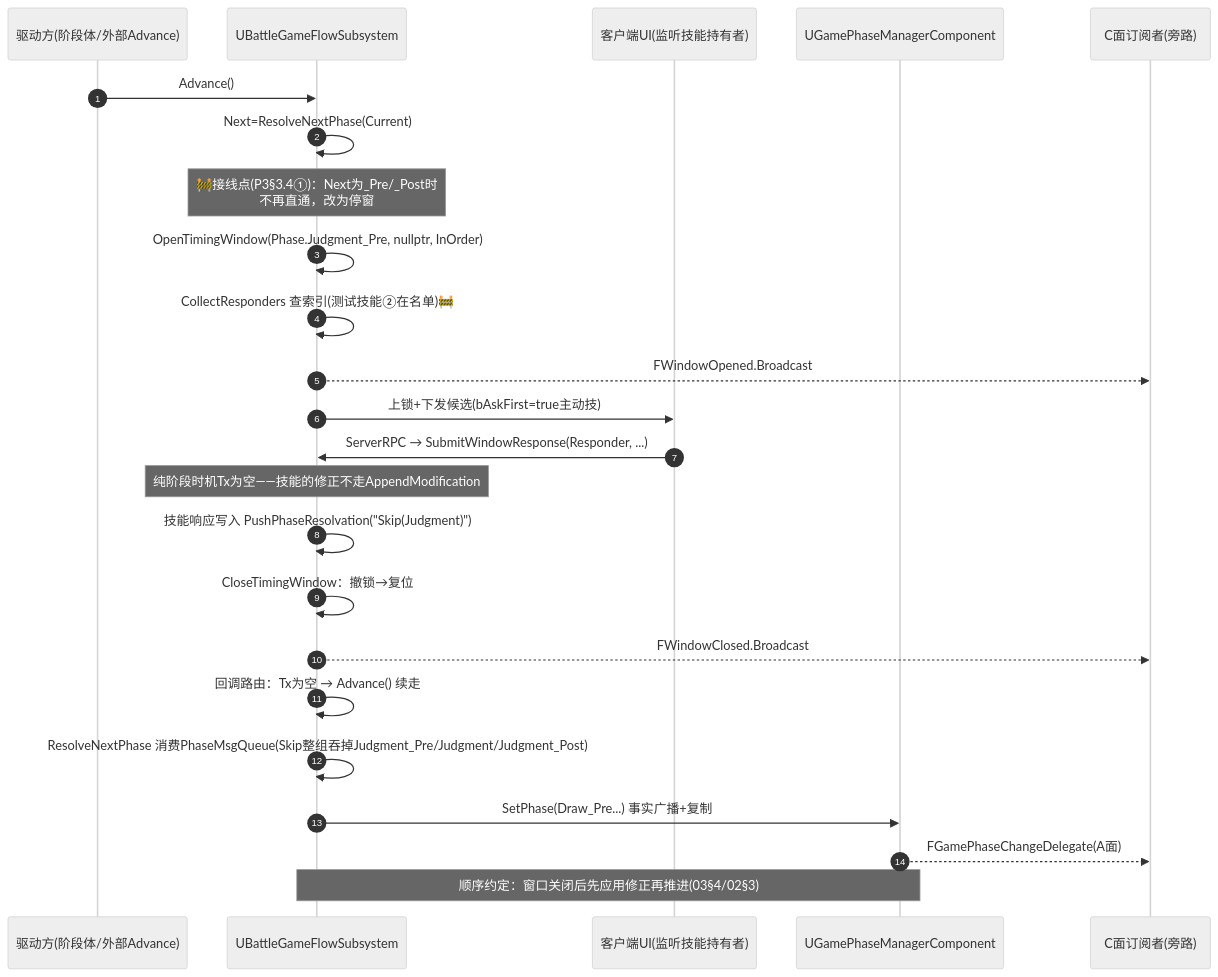
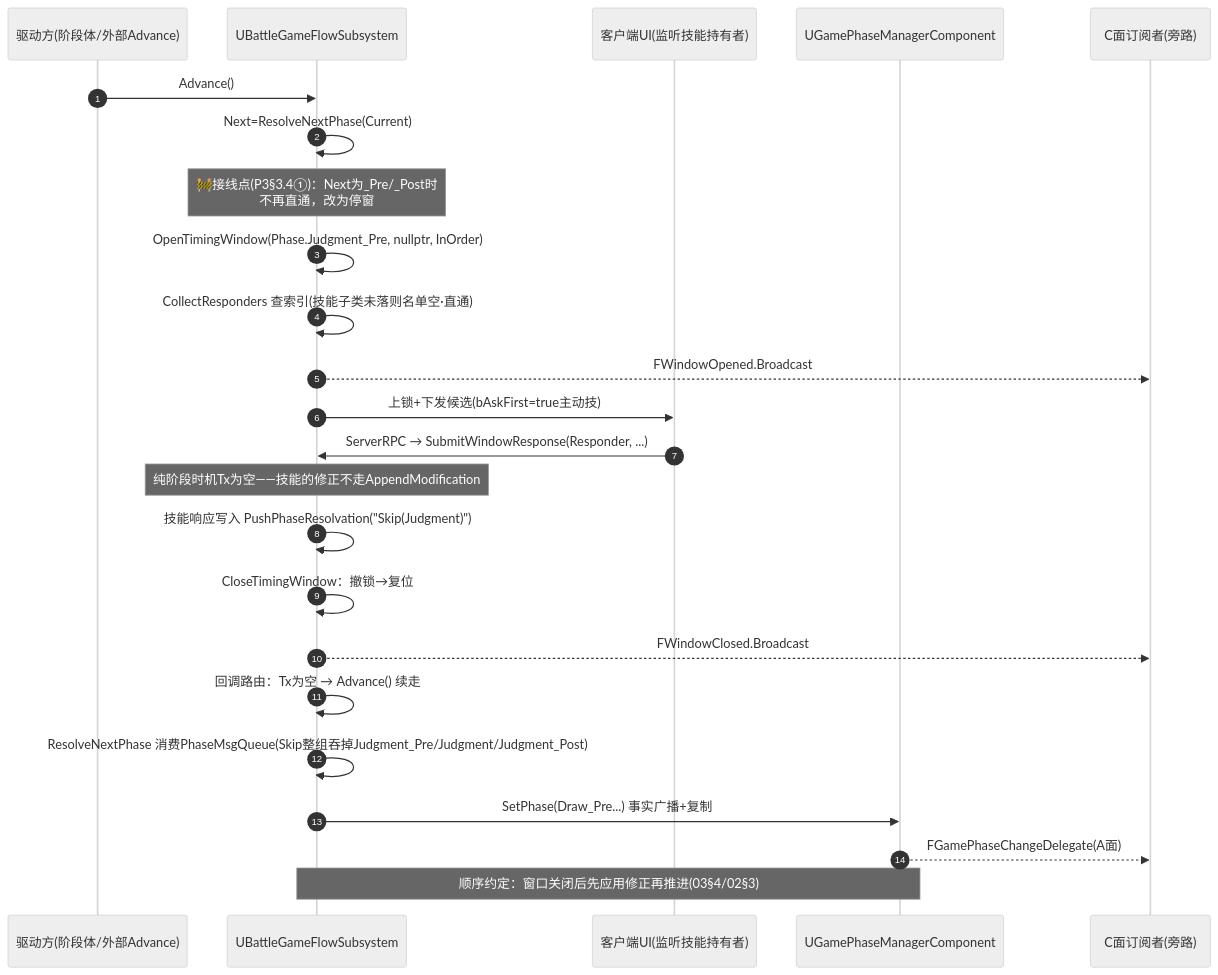
The fifth of 6 diagrams in Docs/02-阶段性任务/P3-架构图集.md (Fyammetta/ArkWars), drawn with Mermaid (neutral theme) before and after one commit. The commit also changed other lines of this file and 14 other files, not shown here.

````diff
--- a/Docs/02-阶段性任务/P3-架构图集.md
+++ b/Docs/02-阶段性任务/P3-架构图集.md
@@ -279,30 +285,30 @@
 ```mermaid
 sequenceDiagram
     autonumber
     participant Drv as 驱动方(阶段体/外部Advance)
     participant Flow as UBattleGameFlowSubsystem
     participant UI as 客户端UI(监听技能持有者)
     participant PS as UGamePhaseManagerComponent
     participant Obs as C面订阅者(旁路)
 
     Drv->>Flow: Advance()
     Flow->>Flow: Next=ResolveNextPhase(Current)
     Note over Flow: 🚧接线点(P3§3.4①)：Next为_Pre/_Post时<br/>不再直通，改为停窗
 
     Flow->>Flow: OpenTimingWindow(Phase.Judgment_Pre, nullptr, InOrder)
-    Flow->>Flow: CollectResponders 查索引(测试技能②在名单)🚧
+    Flow->>Flow: CollectResponders 查索引(技能子类未落则名单空·直通)
     Flow-->>Obs: FWindowOpened.Broadcast
     Flow->>UI: 上锁+下发候选(bAskFirst=true主动技)
 
     UI->>Flow: ServerRPC → SubmitWindowResponse(Responder, ...)
     Note over Flow: 纯阶段时机Tx为空——技能的修正不走AppendModification
     Flow->>Flow: 技能响应写入 PushPhaseResolvation("Skip(Judgment)")
     Flow->>Flow: CloseTimingWindow：撤锁→复位
     Flow-->>Obs: FWindowClosed.Broadcast
 
     Flow->>Flow: 回调路由：Tx为空 → Advance() 续走
     Flow->>Flow: ResolveNextPhase 消费PhaseMsgQueue(Skip整组吞掉Judgment_Pre/Judgment/Judgment_Post)
     Flow->>PS: SetPhase(Draw_Pre...) 事实广播+复制
     PS-->>Obs: FGamePhaseChangeDelegate(A面)
     Note over Flow,PS: 顺序约定：窗口关闭后先应用修正再推进(03§4/02§3)
 ```
````
